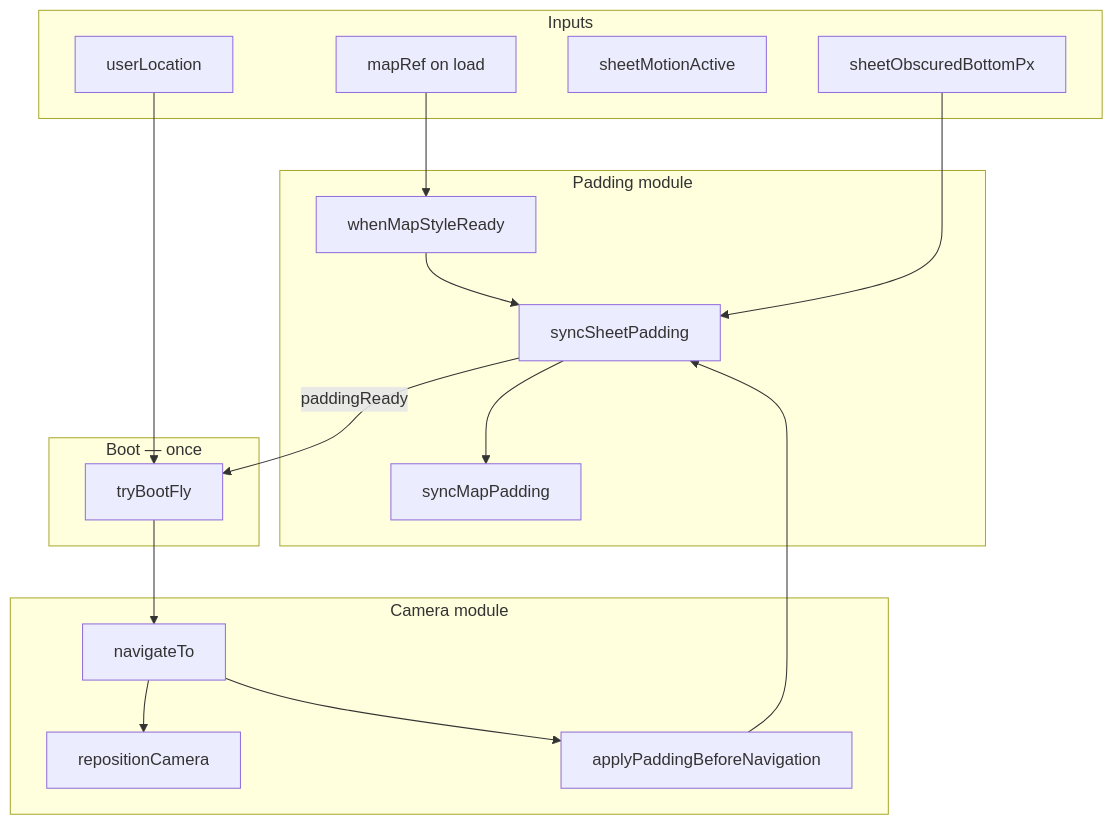
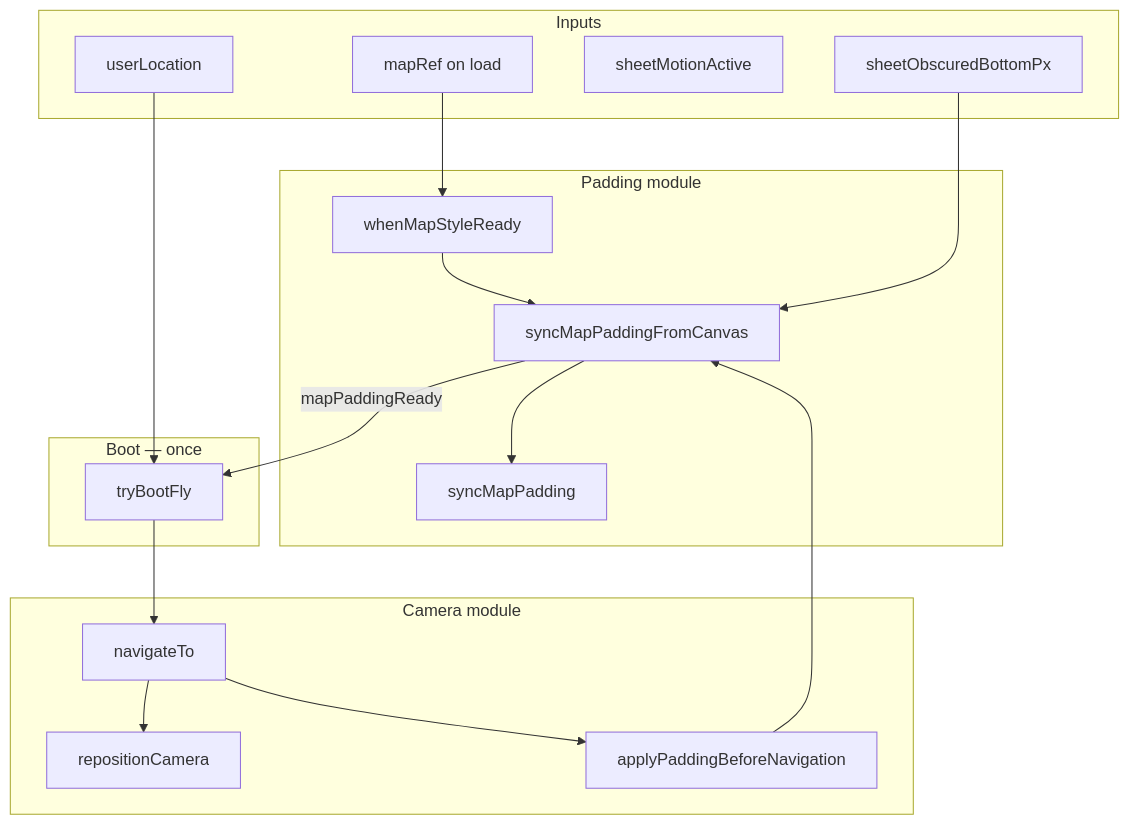
Before and after one commit to UltimateTag-Studios/sheet-map: the second of 2 diagrams in docs/camera-fsm-plan.md, drawn with Mermaid. The commit also changed other lines of this file and 8 other files, not shown here.

````diff
--- a/docs/camera-fsm-plan.md
+++ b/docs/camera-fsm-plan.md
@@ -327,33 +327,33 @@
 ```mermaid
 flowchart TD
   subgraph inputs [Inputs]
     MR[mapRef on load]
     SO[sheetObscuredBottomPx]
     SM[sheetMotionActive]
     GPS[userLocation]
   end
 
   subgraph padding [Padding module]
     WSR[whenMapStyleReady]
-    SSP[syncSheetPadding]
+    SMPC[syncMapPaddingFromCanvas]
     SMP[syncMapPadding]
   end
 
   subgraph camera [Camera module]
     NT[navigateTo]
     RC[repositionCamera]
     BPN[applyPaddingBeforeNavigation]
   end
 
   subgraph boot [Boot — once]
     TBF[tryBootFly]
   end
 
-  MR --> WSR --> SSP --> SMP
-  SO --> SSP
+  MR --> WSR --> SMPC --> SMP
+  SO --> SMPC
   GPS --> TBF
-  SSP -->|paddingReady| TBF
+  SMPC -->|mapPaddingReady| TBF
   TBF --> NT
-  NT --> BPN --> SSP
+  NT --> BPN --> SMPC
   NT --> RC
 ```
````
